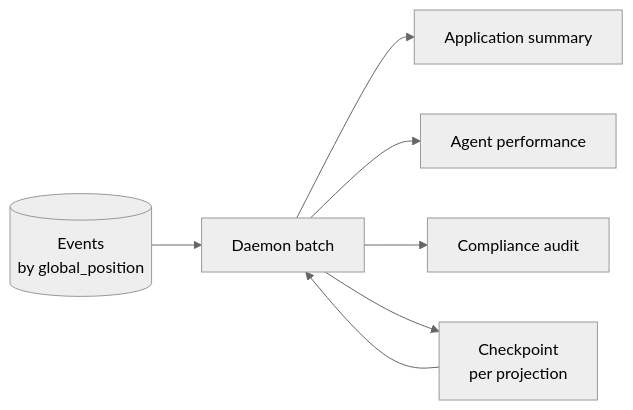
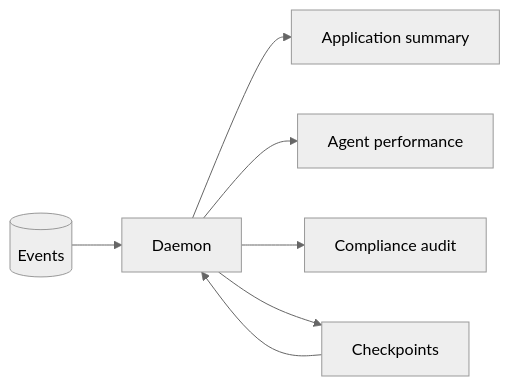
Before and after one commit to Kemrish/The-Ledger: the sixth of 7 diagrams in FINAL_SUBMISSION_REPORT.md, drawn with Mermaid (neutral theme). The commit also changed other lines of this file and 23 other files, not shown here.

````diff
--- a/FINAL_SUBMISSION_REPORT.md
+++ b/FINAL_SUBMISSION_REPORT.md
@@ -192,16 +316,16 @@
 ```mermaid
 flowchart LR
-    EV[(Events\nby global_position)]
-    CP[Checkpoint\nper projection]
-    DAEMON[Daemon batch]
+    EV[(Events)]
+    CP[Checkpoints]
+    DAEMON[Daemon]
     P1[Application summary]
     P2[Agent performance]
     P3[Compliance audit]
 
     EV --> DAEMON
     CP --> DAEMON
     DAEMON --> P1
     DAEMON --> P2
     DAEMON --> P3
     DAEMON --> CP
 ```
````
